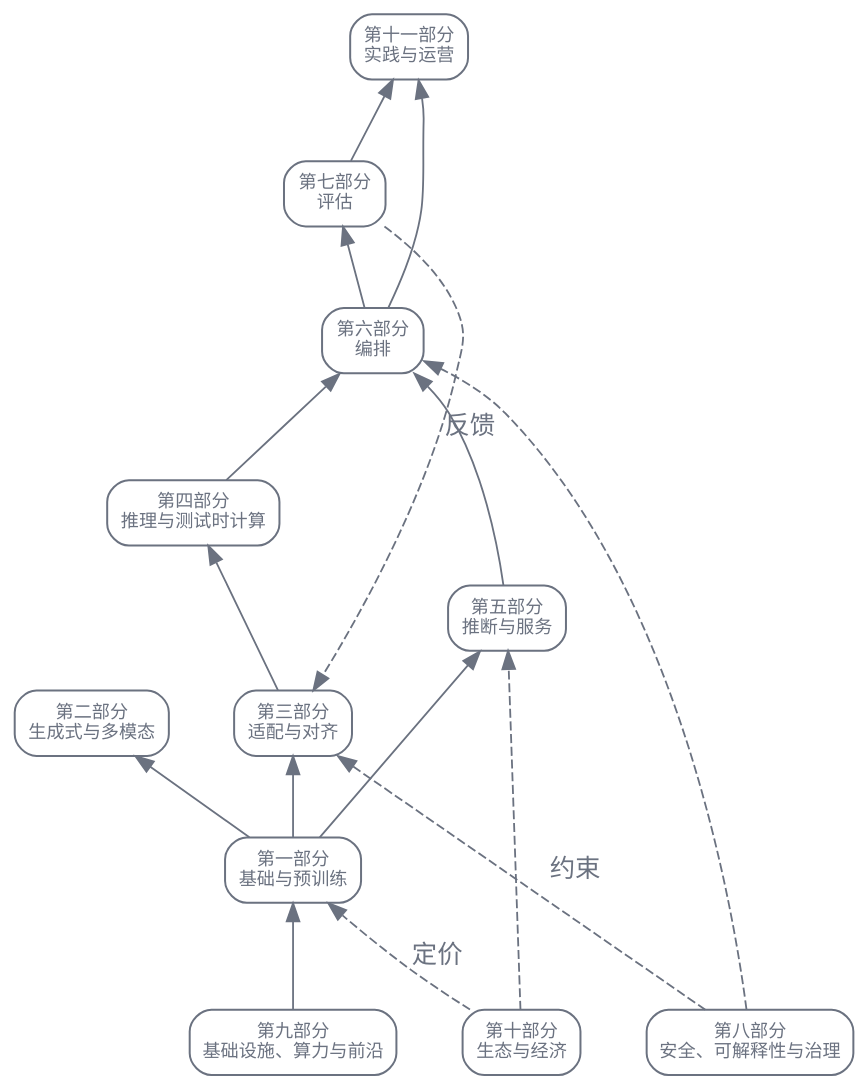
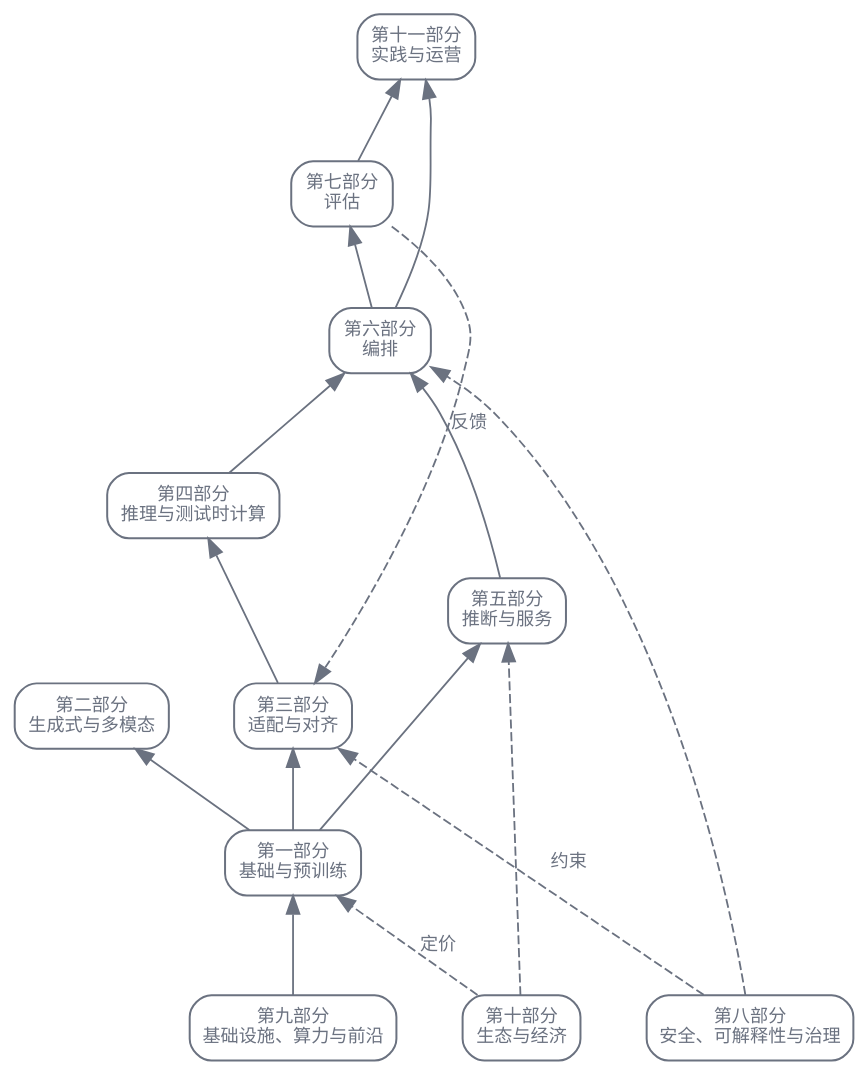
The first of 2 diagrams in zh/orientation/02-field-map.qmd (latere-ai/ai-as-an-infrastructure), drawn with Graphviz before and after one commit. The commit also changed other lines of this file and 1 other file, not shown here.

Commit message:
figures: match field-map edge label size to node text

````diff
--- a/zh/orientation/02-field-map.qmd
+++ b/zh/orientation/02-field-map.qmd
@@ -13,34 +13,34 @@
 ```{dot}
 //| label: fig-field-map-stack
 //| fig-cap: "这些实质部分读作一个栈。实线箭头从一层指向构建于其上的那层；虚线箭头是横切的力（评估反馈、安全约束、经济定价），它们跨层施加影响，而不是把一层喂给下一层。"
 digraph {
   bgcolor="transparent";
   rankdir=BT;
   nodesep=0.5; ranksep=0.6;
   node [shape=box, style=rounded, fontsize=10, fontname="Helvetica", color="#6b7280", fontcolor="#6b7280", penwidth=1.1];
-  edge [color="#6b7280", fontcolor="#6b7280"];
+  edge [fontsize=10, fontname="Helvetica", color="#6b7280", fontcolor="#6b7280"];
 
   PIX  [label="第九部分\n基础设施、算力与前沿"];
   PI   [label="第一部分\n基础与预训练"];
   PII  [label="第二部分\n生成式与多模态"];
   PIII [label="第三部分\n适配与对齐"];
   PIV  [label="第四部分\n推理与测试时计算"];
   PV   [label="第五部分\n推断与服务"];
   PVI  [label="第六部分\n编排"];
   PVII [label="第七部分\n评估"];
   PVIII[label="第八部分\n安全、可解释性与治理"];
   PX   [label="第十部分\n生态与经济"];
   PXI  [label="第十一部分\n实践与运营"];
 
   PIX -> PI;
   PI -> PII; PI -> PIII; PI -> PV;
   PIII -> PIV; PIV -> PVI; PV -> PVI;
   PVI -> PVII; PVI -> PXI; PVII -> PXI;
 
   PVII  -> PIII [style=dashed, label="反馈", constraint=false];
   PVIII -> PIII [style=dashed, label="约束", constraint=false];
   PVIII -> PVI  [style=dashed, constraint=false];
   PX -> PI [style=dashed, label="定价", constraint=false];
   PX -> PV [style=dashed, constraint=false];
 }
 ```
````
